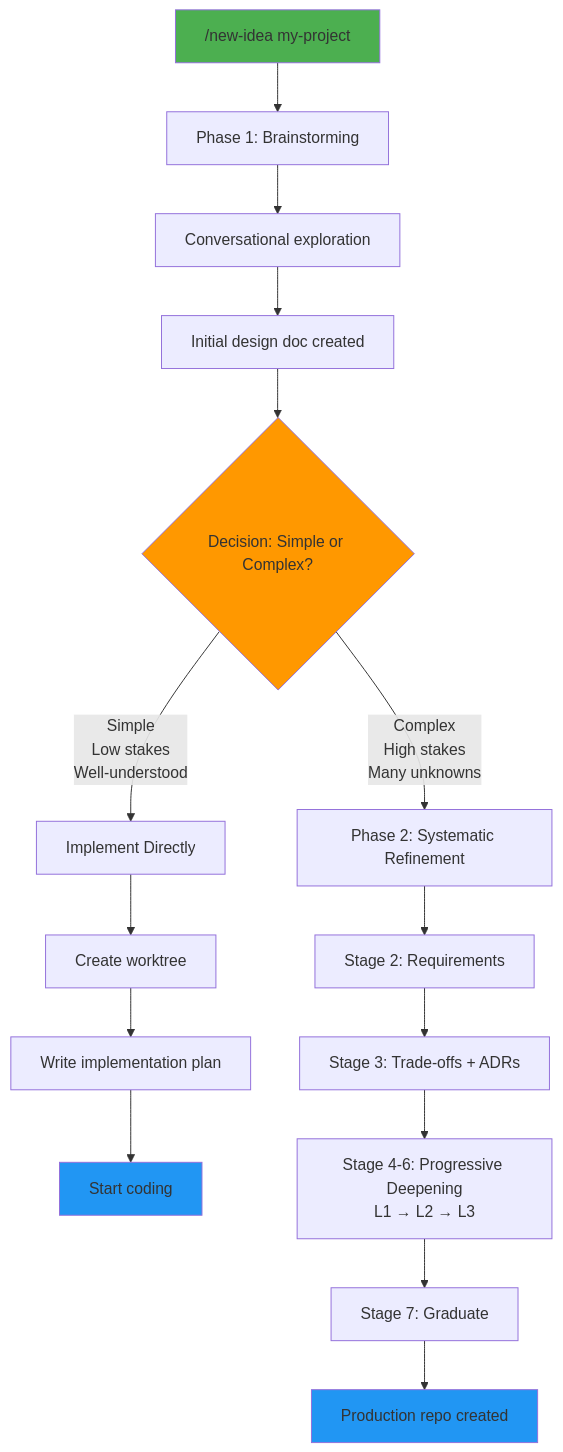
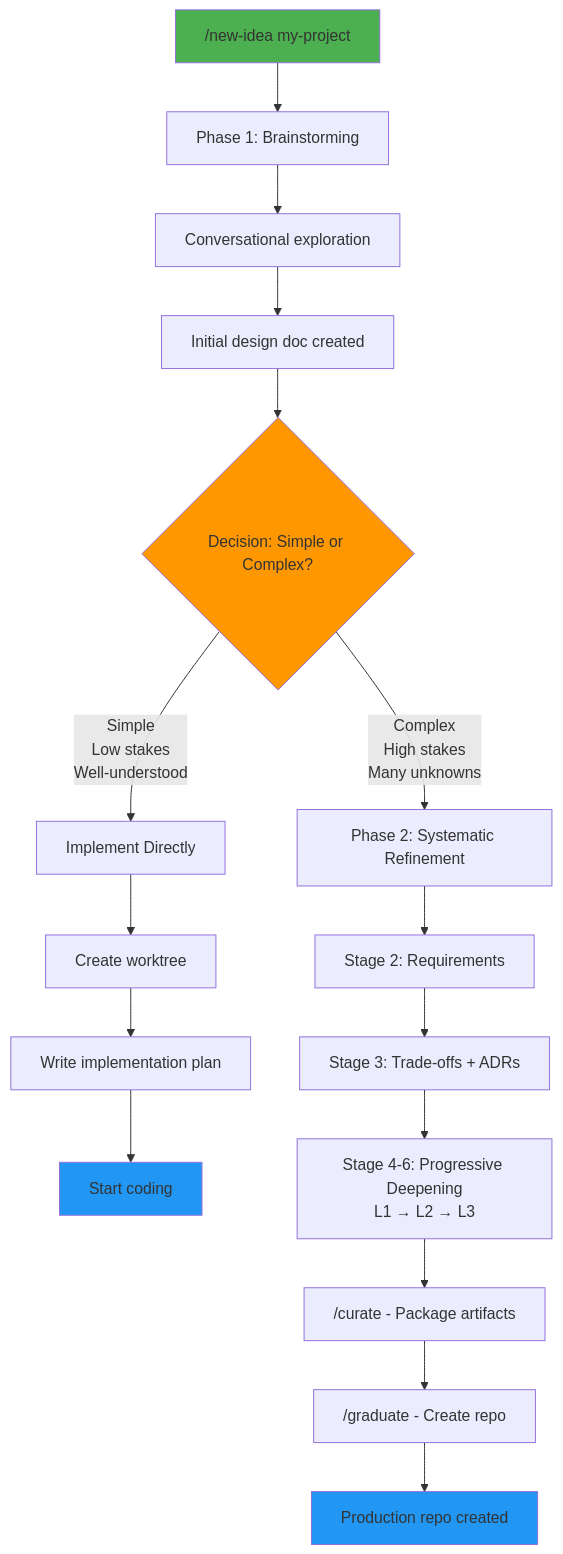
Before and after one commit to shakilbd009/ai-refinery: the diagram in claude.md, drawn with Mermaid. The commit also changed other lines of this file and 17 other files, not shown here.

First line of the commit message:
Add curate skill and complete mghco stage-6 artifacts

````diff
--- a/claude.md
+++ b/claude.md
@@ -75,24 +80,25 @@
 ```mermaid
 graph TD
     A["/new-idea my-project"] --> B["Phase 1: Brainstorming"]
     B --> C["Conversational exploration"]
     C --> D["Initial design doc created"]
     D --> E{"Decision: Simple or Complex?"}
 
     E -->|"Simple<br/>Low stakes<br/>Well-understood"| F["Implement Directly"]
     F --> G["Create worktree"]
     G --> H["Write implementation plan"]
     H --> I["Start coding"]
 
     E -->|"Complex<br/>High stakes<br/>Many unknowns"| J["Phase 2: Systematic Refinement"]
     J --> K["Stage 2: Requirements"]
     K --> L["Stage 3: Trade-offs + ADRs"]
     L --> M["Stage 4-6: Progressive Deepening<br/>L1 → L2 → L3"]
-    M --> N["Stage 7: Graduate"]
-    N --> O["Production repo created"]
+    M --> N["/curate - Package artifacts"]
+    N --> O["/graduate - Create repo"]
+    O --> P["Production repo created"]
 
     style A fill:#4CAF50
     style E fill:#FF9800
     style I fill:#2196F3
-    style O fill:#2196F3
+    style P fill:#2196F3
 ```
````
